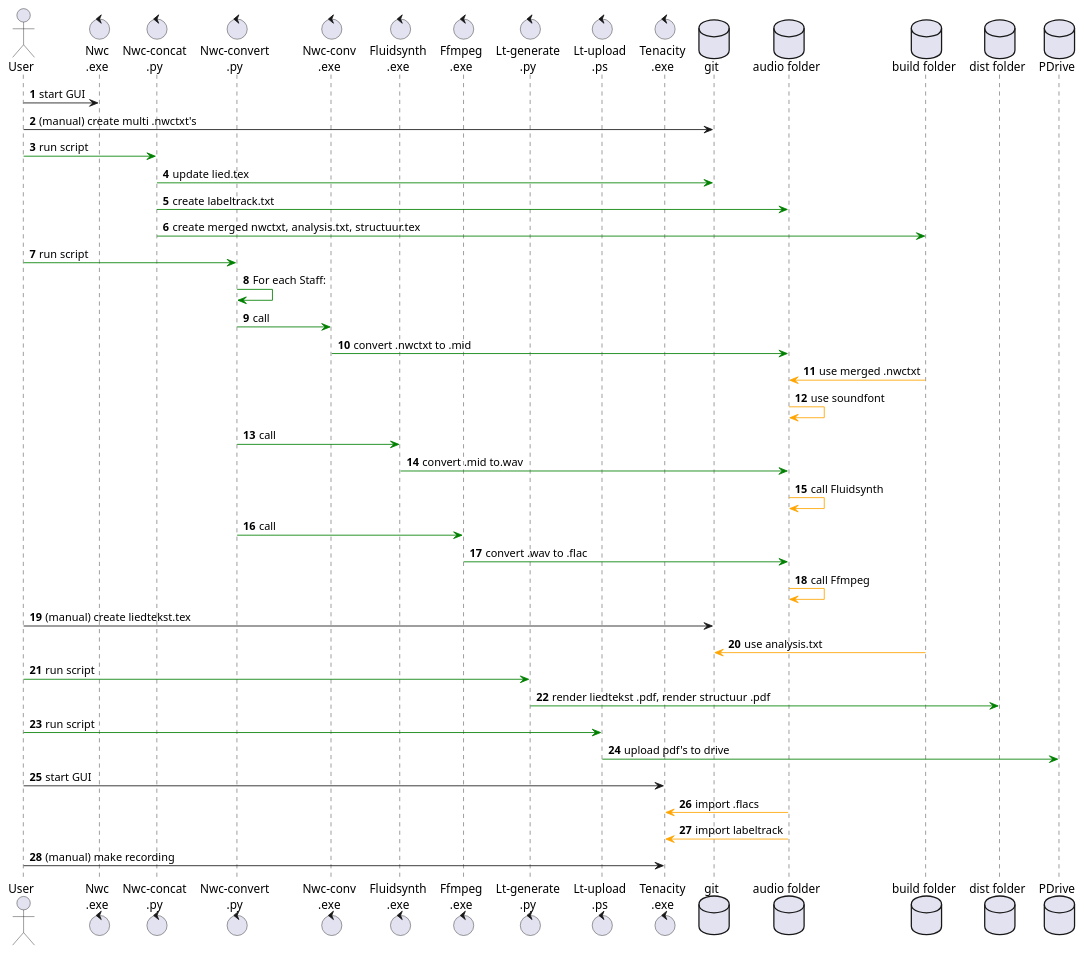
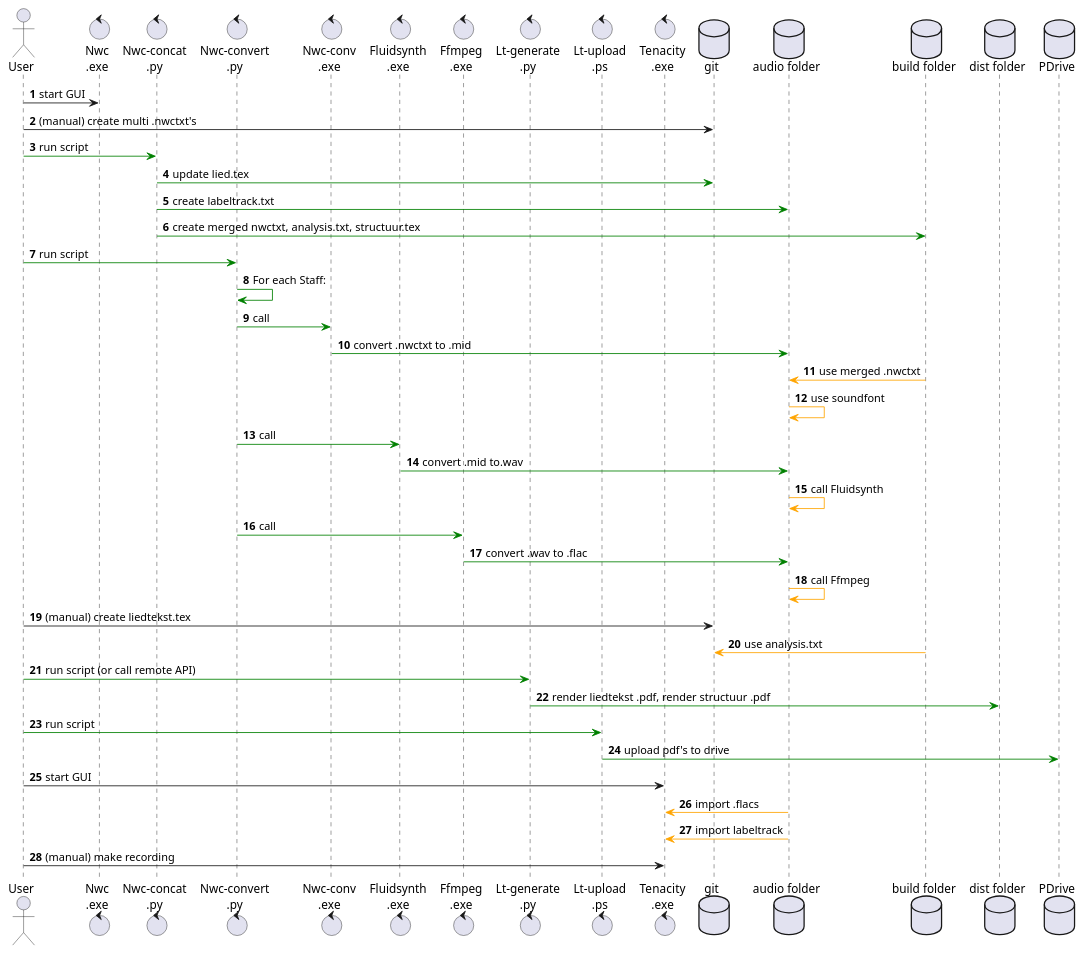
The diagram in project/muziekproductie-workflow.pu (real70discohits/liedteksten-code), drawn with PlantUML before and after one commit. The commit also changed 11 other files, not shown here.

Commit message:
Run lt-generate in docker container using web api

```diff
--- a/project/muziekproductie-workflow.pu
+++ b/project/muziekproductie-workflow.pu
@@ -1,58 +1,58 @@
 @startuml
 actor       User       as u1
 control     "Nwc\n.exe"     as nwc
 control     "Nwc-concat\n.py"      as nwconcpy
 control     "Nwc-convert\n.py"      as nwconvpy
 control     "Nwc-conv\n.exe"  as nwconvexe
 control     "Fluidsynth\n.exe"   as fluid
 control     "Ffmpeg\n.exe" as ffmpeg
 control     "Lt-generate\n.py" as ltgenerate
 control     "Lt-upload\n.ps"    as ltupload
 control     "Tenacity\n.exe"  as tenacity
 database    "git" as repos
 database    "audio folder" as audio
 database    "build folder" as build
 database    "dist folder" as dist
 database    PDrive as pdrive
 
 autonumber
 u1 -> nwc : start GUI
 u1 -> repos: (manual) create multi .nwctxt's
 u1 -[#green]> nwconcpy : run script
 
 ' concat
 nwconcpy -[#green]> repos: update lied.tex
 nwconcpy -[#green]> audio : create labeltrack.txt
 nwconcpy -[#green]> build: create merged nwctxt, analysis.txt, structuur.tex
 
 ' convert
 u1 -[#green]> nwconvpy : run script
 nwconvpy -[#green]> nwconvpy: For each Staff:
 nwconvpy -[#green]> nwconvexe : call
 nwconvexe -[#green]> audio: convert .nwctxt to .mid
 build -[#orange]> audio: use merged .nwctxt
 audio -[#orange]> audio: use soundfont
 nwconvpy -[#green]> fluid : call
 fluid -[#green]> audio : convert .mid to.wav
 audio -[#orange]> audio: call Fluidsynth
 nwconvpy -[#green]> ffmpeg : call
 ffmpeg -[#green]> audio : convert .wav to .flac
 audio -[#orange]> audio: call Ffmpeg
 
 ' lyrics
 u1 -> repos: (manual) create liedtekst.tex
 build -[#orange]> repos: use analysis.txt
 
-u1 -[#green]> ltgenerate : run script
+u1 -[#green]> ltgenerate : run script (or call remote API)
 ltgenerate -[#green]> dist: render liedtekst .pdf, render structuur .pdf
 
 ' upload (in the near future, upload will be after record)
 u1 -[#green]> ltupload : run script
 ltupload -[#green]> pdrive : upload pdf's to drive
 
 ' record
 u1 -> tenacity : start GUI
 tenacity <[#orange]- audio : import .flacs 
 tenacity <[#orange]- audio : import labeltrack
 u1 -> tenacity : (manual) make recording
 @enduml
```
